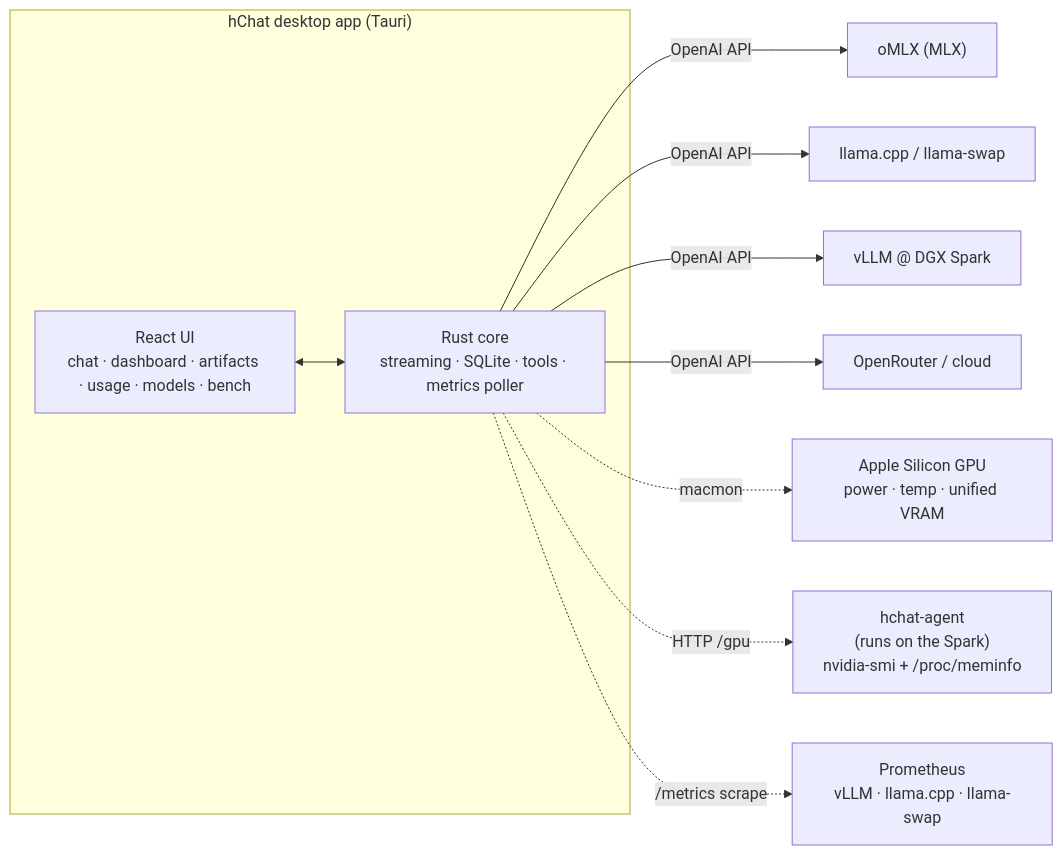
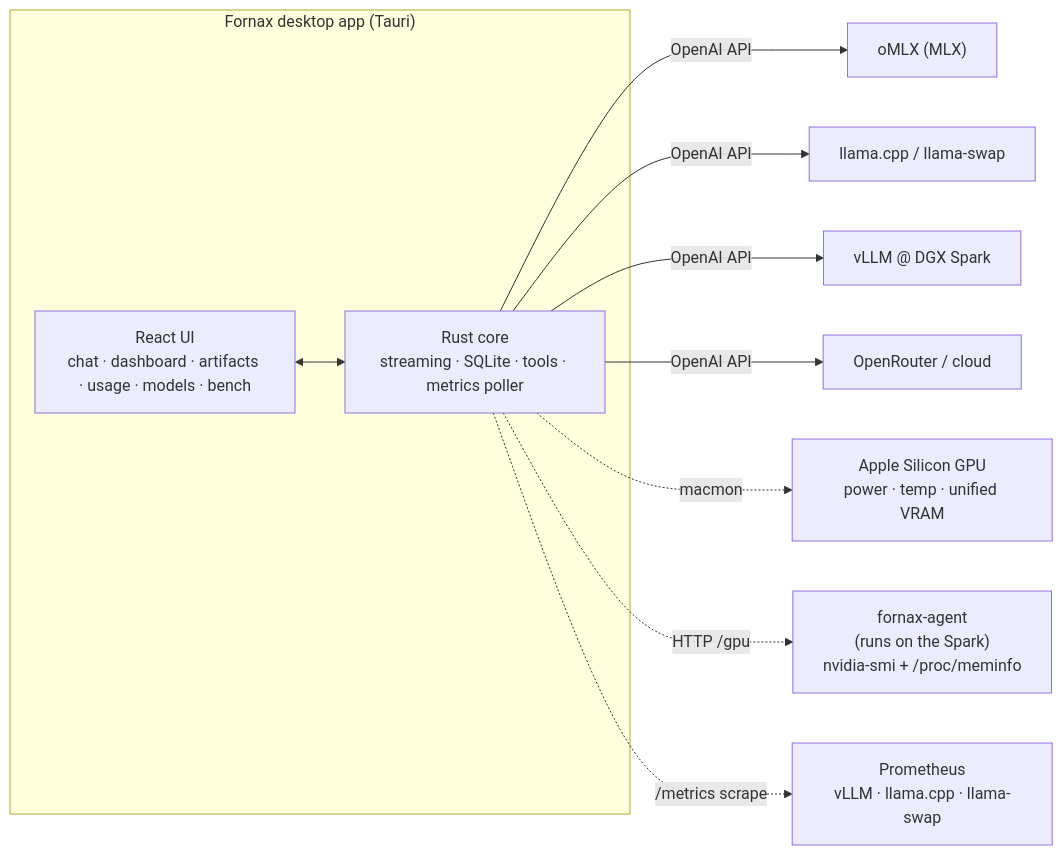
One commit to heath0xFF/hChat changed the diagram in README.md. Above: the diagram before and after it, drawn with Mermaid. The commit also changed other lines of this file and 26 other files, not shown here.

First line of the commit message:
rename: hChat -> Fornax

````diff
--- a/README.md
+++ b/README.md
@@ -74,17 +74,17 @@
 ```mermaid
 flowchart LR
-  subgraph app["hChat desktop app (Tauri)"]
+  subgraph app["Fornax desktop app (Tauri)"]
     ui["React UI<br/>chat · dashboard · artifacts · usage · models · bench"]
     core["Rust core<br/>streaming · SQLite · tools · metrics poller"]
     ui <--> core
   end
 
   core -->|OpenAI API| omlx["oMLX&nbsp;(MLX)"]
   core -->|OpenAI API| lcpp["llama.cpp / llama-swap"]
   core -->|OpenAI API| vllm["vLLM @ DGX Spark"]
   core -->|OpenAI API| or["OpenRouter / cloud"]
 
   core -.->|macmon| mac["Apple Silicon GPU<br/>power · temp · unified VRAM"]
-  core -.->|HTTP /gpu| agent["hchat-agent<br/>(runs on the Spark)<br/>nvidia-smi + /proc/meminfo"]
+  core -.->|HTTP /gpu| agent["fornax-agent<br/>(runs on the Spark)<br/>nvidia-smi + /proc/meminfo"]
   core -.->|/metrics scrape| prom["Prometheus<br/>vLLM · llama.cpp · llama-swap"]
 ```
````
